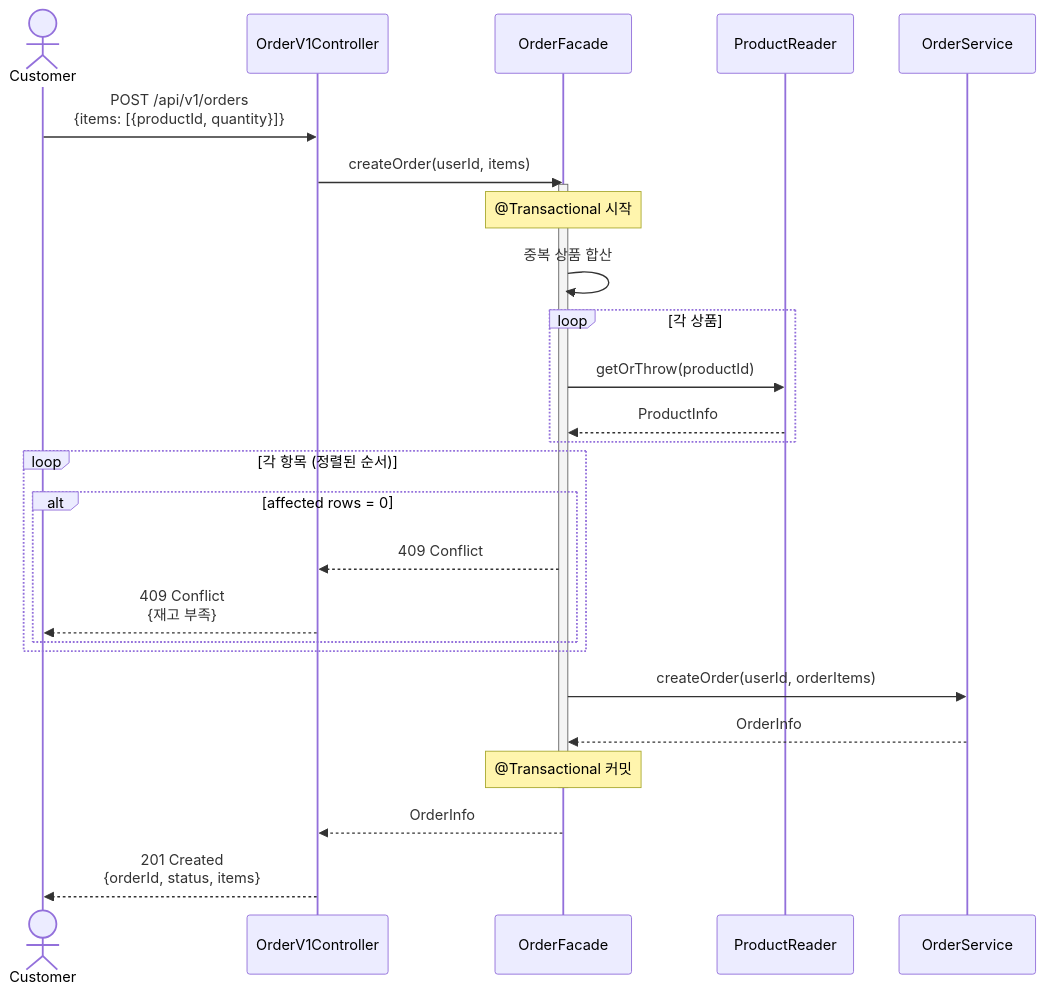
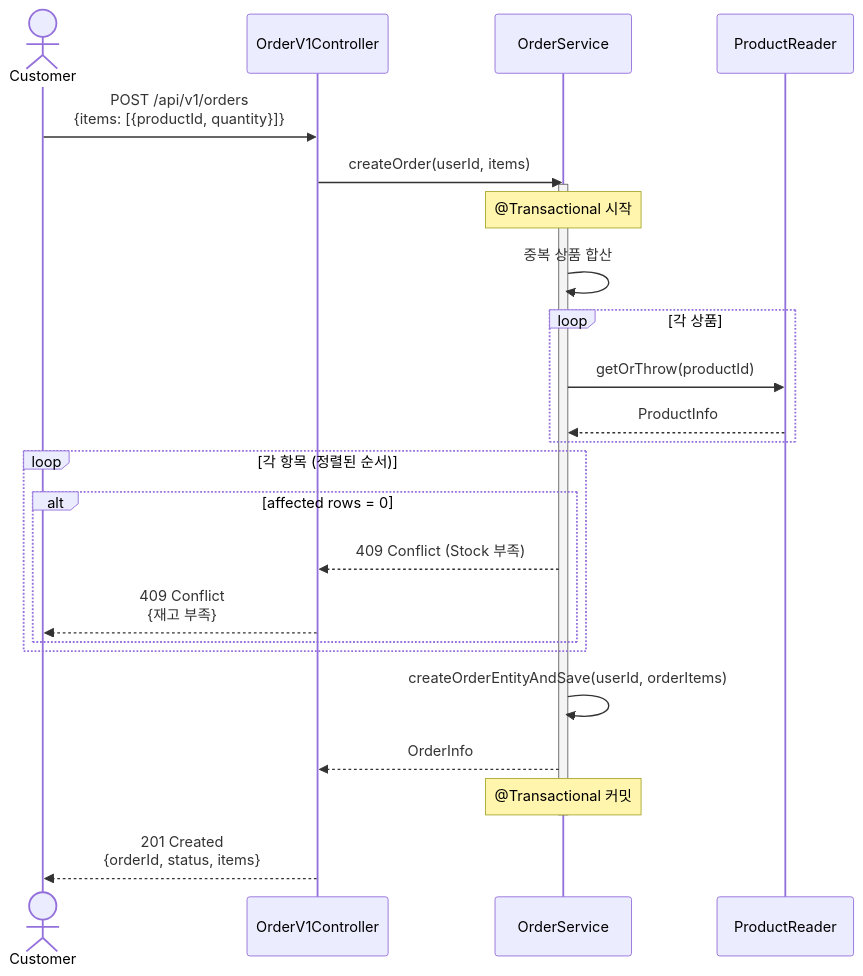
The first of 5 diagrams in docs/design/02-sequence-diagrams.md (YoHanKi/loop-pack-be-l2-vol3-java), drawn with Mermaid before and after one commit. The commit also changed other lines of this file, not shown here.

Commit message:
docs(sequence-diagrams): 시퀀스 다이어 그램 내에 기존 파사드가 Reader, Service를 함께 호출하는 방향에서 Service 만 의존한다면 Facade의 의미가 퇴색되어 삭제.

````diff
--- a/docs/design/02-sequence-diagrams.md
+++ b/docs/design/02-sequence-diagrams.md
@@ -26,41 +25,39 @@
 ```mermaid
 sequenceDiagram
     actor Customer
     participant Controller as OrderV1Controller
-    participant Facade as OrderFacade
+    participant OrderService as OrderService
     participant ProductReader as ProductReader
-    participant OrderService as OrderService
 
     Customer->>Controller: POST /api/v1/orders<br/>{items: [{productId, quantity}]}
-    Controller->>Facade: createOrder(userId, items)
+    Controller->>OrderService: createOrder(userId, items)
 
-    activate Facade
-    Note over Facade: @Transactional 시작
+    activate OrderService
+    Note over OrderService: @Transactional 시작
 
-    %% 입력 검증
-    Facade->>Facade: 중복 상품 합산
+%% 입력 검증
+    OrderService->>OrderService: 중복 상품 합산
 
-    %% 상품 존재 확인
+%% 상품 존재 확인
     loop 각 상품
-        Facade->>ProductReader: getOrThrow(productId)
-        ProductReader-->>Facade: ProductInfo
+        OrderService->>ProductReader: getOrThrow(productId)
+        ProductReader-->>OrderService: ProductInfo
     end
 
+%% 재고 차감 (정렬된 순서)
     loop 각 항목 (정렬된 순서)
         alt affected rows = 0
-            Facade-->>Controller: 409 Conflict
+            OrderService-->>Controller: 409 Conflict (Stock 부족)
             Controller-->>Customer: 409 Conflict<br/>{재고 부족}
         end
     end
 
-    %% 주문 저장
-    Facade->>OrderService: createOrder(userId, orderItems)
+%% 주문 저장
+    OrderService->>OrderService: createOrderEntityAndSave(userId, orderItems)
+    OrderService-->>Controller: OrderInfo
 
-    OrderService-->>Facade: OrderInfo
+    Note over OrderService: @Transactional 커밋
+    deactivate OrderService
 
-    Note over Facade: @Transactional 커밋
-    deactivate Facade
-
-    Facade-->>Controller: OrderInfo
     Controller-->>Customer: 201 Created<br/>{orderId, status, items}
 ```
````
